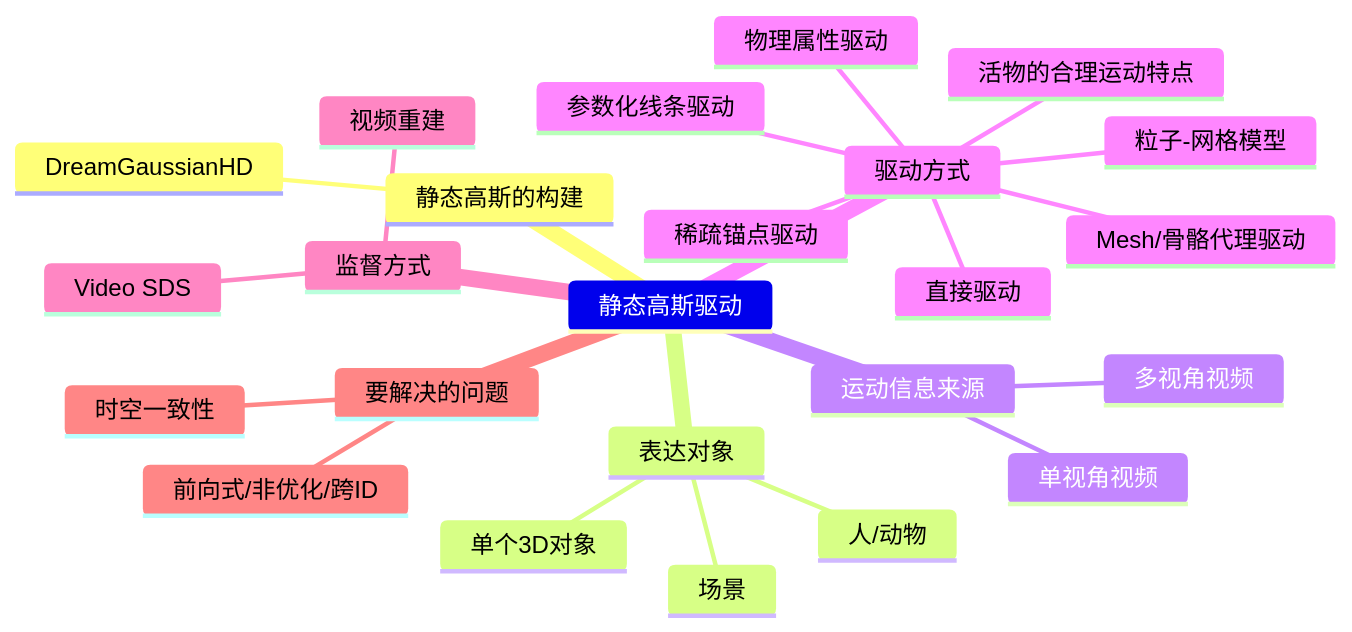
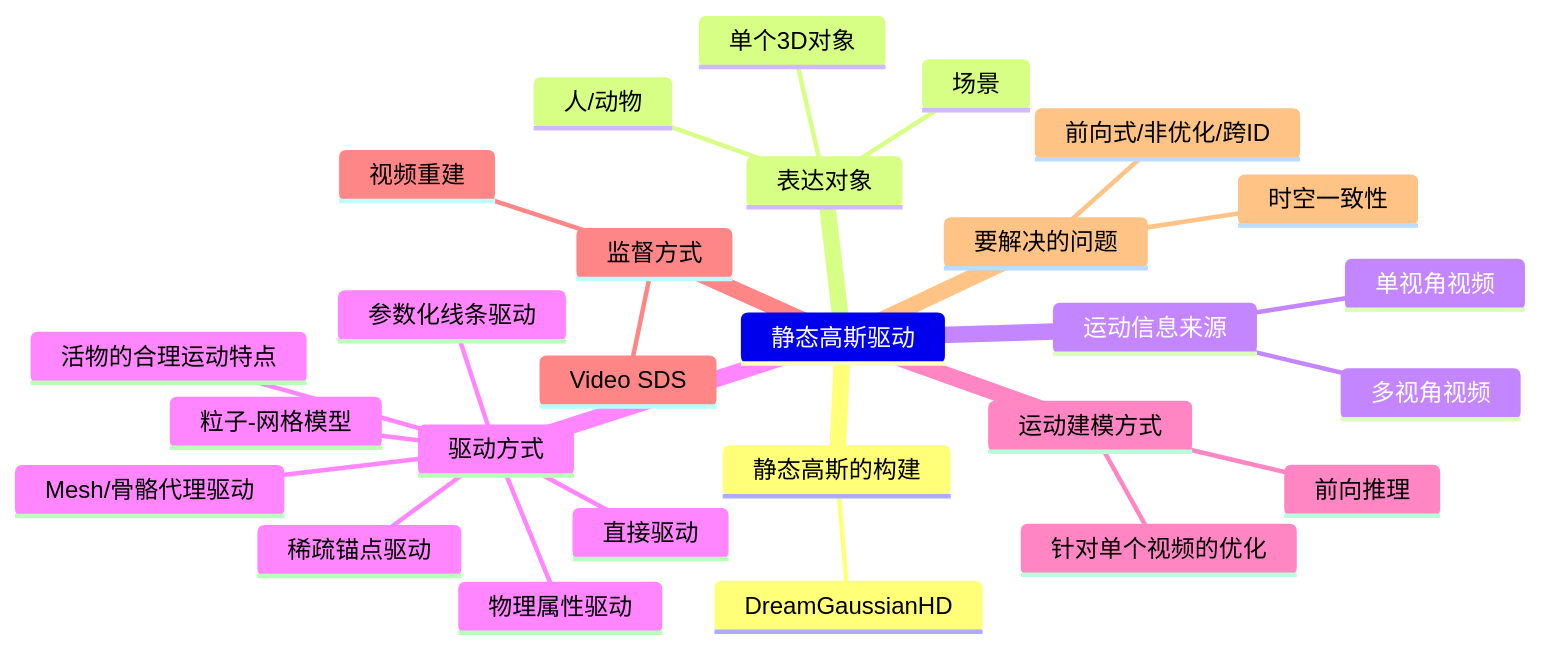
One commit to CaterpillarStudyGroup/ImportantArticles changed the diagram in src/3DGSAnimation/Static.md. Above: the diagram before and after it, drawn with Mermaid. The commit also changed other lines of this file, not shown here.

````diff
--- a/src/3DGSAnimation/Static.md
+++ b/src/3DGSAnimation/Static.md
@@ -10,27 +10,30 @@
 ```mermaid
 mindmap
 静态高斯驱动
     静态高斯的构建
         DreamGaussianHD
     表达对象
         场景
         单个3D对象
         人/动物
     运动信息来源
         单视角视频
         多视角视频
     驱动方式
         直接驱动
         Mesh/骨骼代理驱动
         参数化线条驱动
         活物的合理运动特点
         物理属性驱动
         稀疏锚点驱动
         粒子-网格模型
+    运动建模方式
+        针对单个视频的优化
+        前向推理
     监督方式
         Video SDS
         视频重建
     要解决的问题
         时空一致性
         前向式/非优化/跨ID
 ```
````
